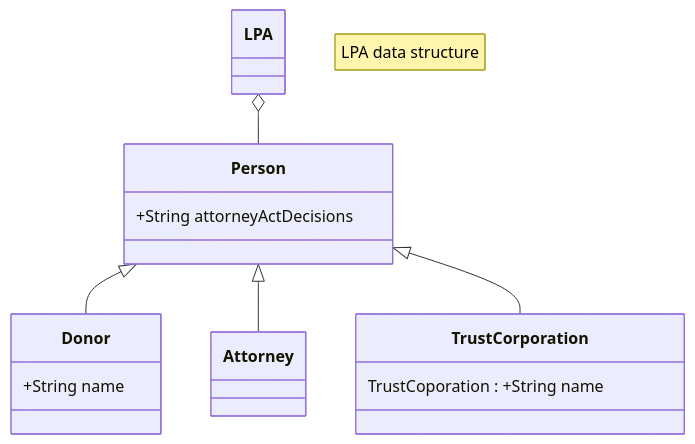
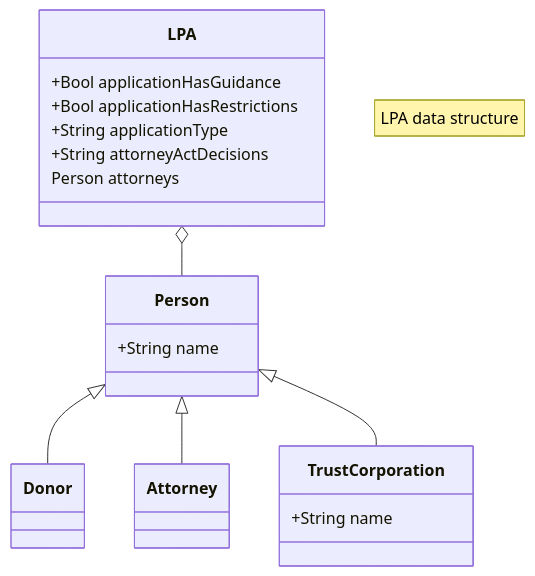
One commit to ministryofjustice/opg-use-an-lpa changed the diagram in docs/architecture/decisions/0023-lpa-data-format.md. Above: the diagram before and after it, drawn with Mermaid.

Commit message:
mods to diag

````diff
--- a/docs/architecture/decisions/0023-lpa-data-format.md
+++ b/docs/architecture/decisions/0023-lpa-data-format.md
@@ -107,20 +107,26 @@
 ```mermaid
 classDiagram
     note "LPA data structure"
     LPA o-- Person
+    LPA : +Bool applicationHasGuidance
+    LPA : +Bool applicationHasRestrictions
+    LPA:  +String applicationType
+    LPA : +String attorneyActDecisions
+    LPA: Person attorneys
     Person <|-- Donor
     Person <|-- Attorney
     Person <|-- TrustCorporation
-    Person : +String attorneyActDecisions
     class LPA{
     }
+    class Person{
+        +String name
+    }
     class Donor{
-        +String name
     }
     class Attorney{
     }
     class TrustCorporation{
-        TrustCoporation : +String name
+        +String name
     }
 end
 ```
````
